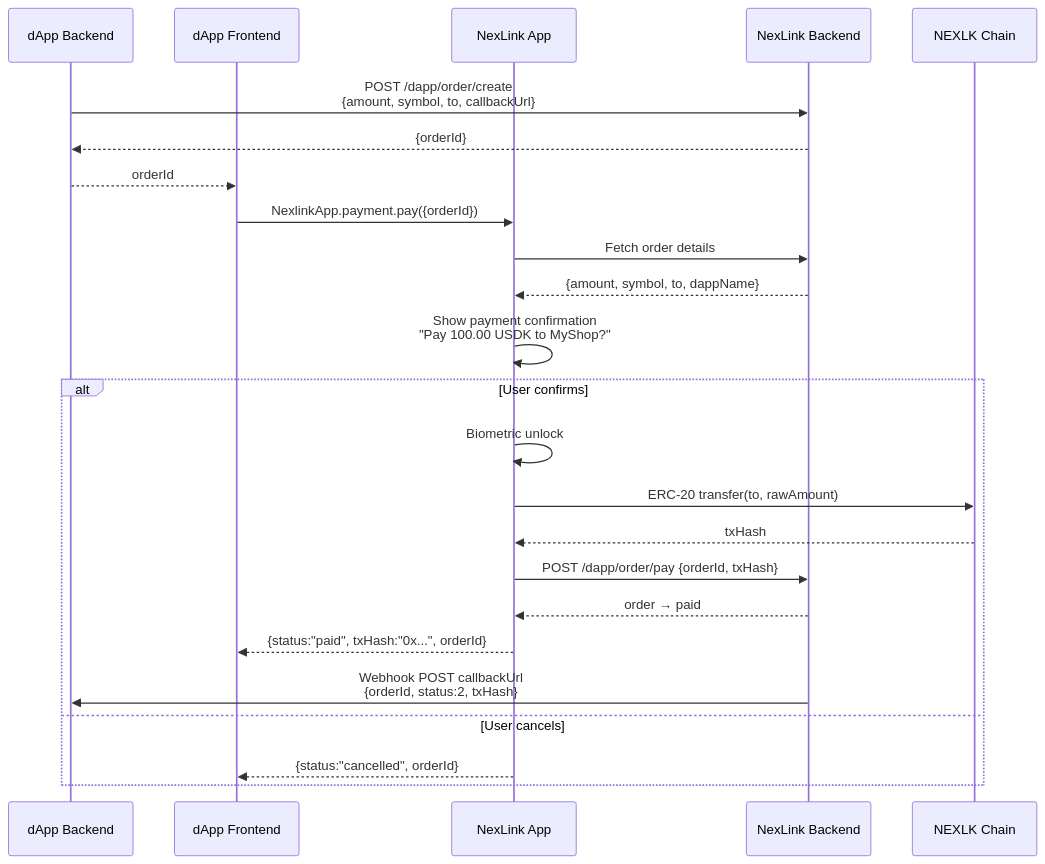
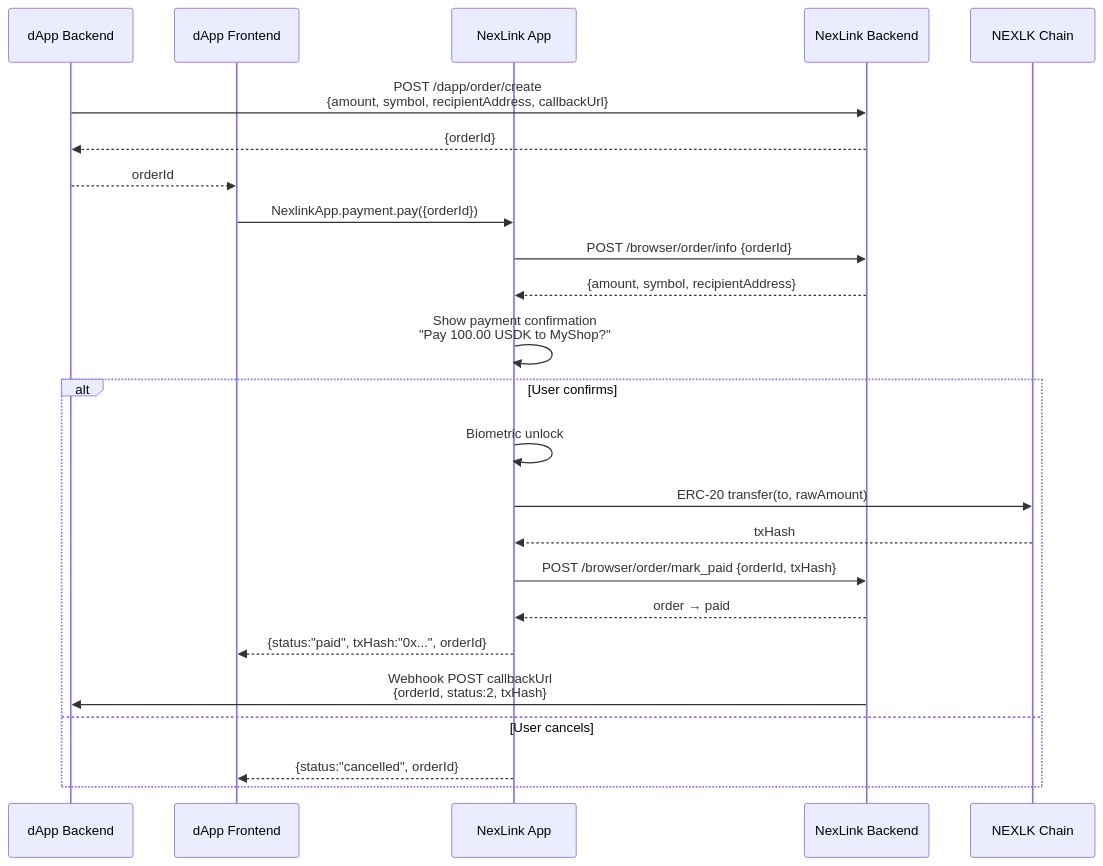
The third of 6 diagrams in PAYMENT.md (nexlink-dapp/dapp-docs), drawn with Mermaid before and after one commit. The commit also changed other lines of this file and 4 other files, not shown here.

````diff
--- a/PAYMENT.md
+++ b/PAYMENT.md
@@ -175,29 +187,29 @@
 ```mermaid
 sequenceDiagram
     participant DB as dApp Backend
     participant DF as dApp Frontend
     participant NL as NexLink App
     participant NB as NexLink Backend
     participant Chain as NEXLK Chain
 
-    DB->>NB: POST /dapp/order/create<br/>{amount, symbol, to, callbackUrl}
+    DB->>NB: POST /dapp/order/create<br/>{amount, symbol, recipientAddress, callbackUrl}
     NB-->>DB: {orderId}
     DB-->>DF: orderId
 
     DF->>NL: NexlinkApp.payment.pay({orderId})
-    NL->>NB: Fetch order details
-    NB-->>NL: {amount, symbol, to, dappName}
+    NL->>NB: POST /browser/order/info {orderId}
+    NB-->>NL: {amount, symbol, recipientAddress}
     NL->>NL: Show payment confirmation<br/>"Pay 100.00 USDK to MyShop?"
 
     alt User confirms
         NL->>NL: Biometric unlock
         NL->>Chain: ERC-20 transfer(to, rawAmount)
         Chain-->>NL: txHash
-        NL->>NB: POST /dapp/order/pay {orderId, txHash}
+        NL->>NB: POST /browser/order/mark_paid {orderId, txHash}
         NB-->>NL: order → paid
         NL-->>DF: {status:"paid", txHash:"0x...", orderId}
         NB->>DB: Webhook POST callbackUrl<br/>{orderId, status:2, txHash}
     else User cancels
         NL-->>DF: {status:"cancelled", orderId}
     end
 ```
````
